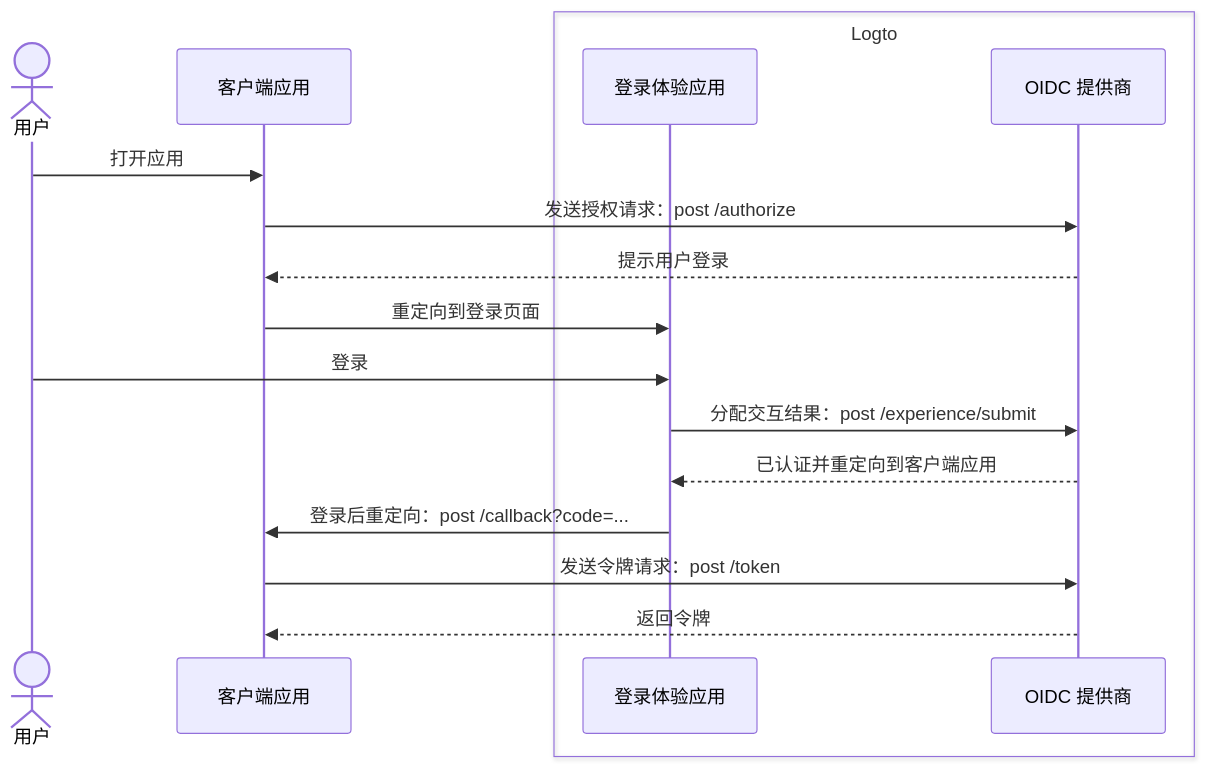
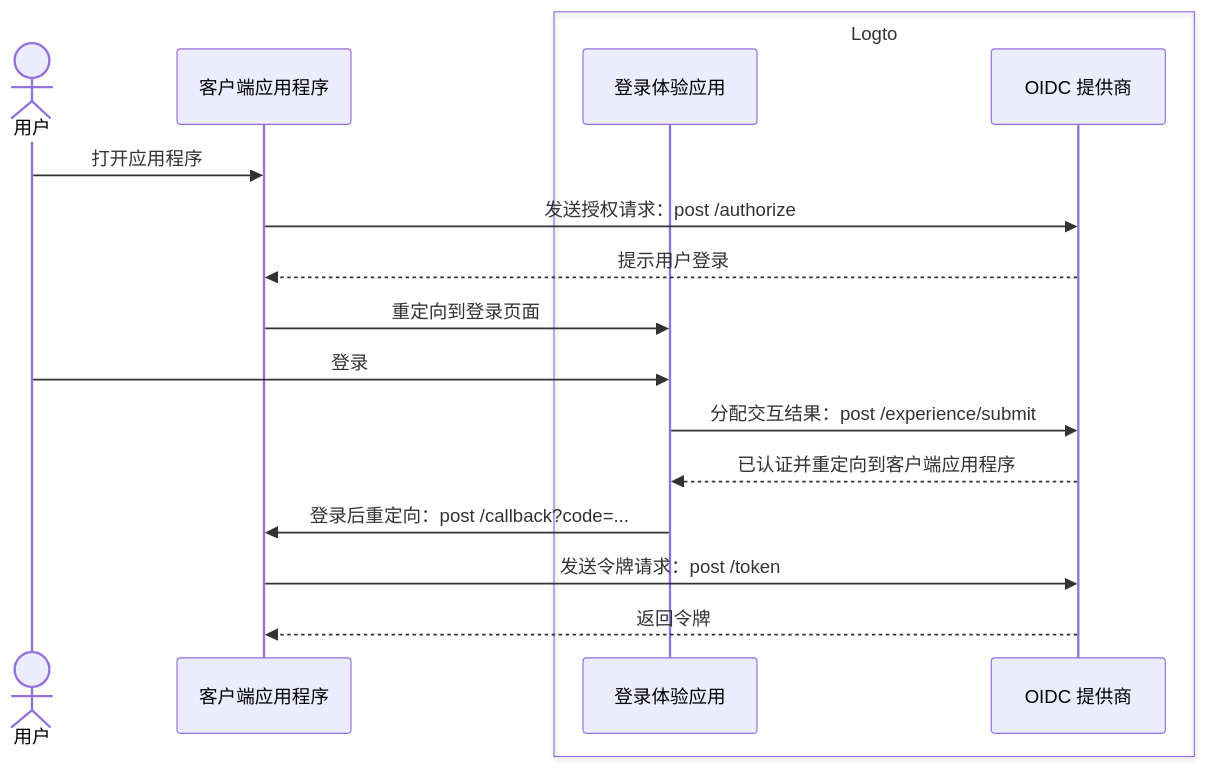
The first of 2 diagrams in i18n/zh-CN/docusaurus-plugin-content-docs/current/end-user-flows/sign-up-and-sign-in/README.mdx (logto-io/docs), drawn with Mermaid before and after one commit. The commit also changed other lines of this file and 428 other files, not shown here.

````diff
--- a/i18n/zh-CN/docusaurus-plugin-content-docs/current/end-user-flows/sign-up-and-sign-in/README.mdx
+++ b/i18n/zh-CN/docusaurus-plugin-content-docs/current/end-user-flows/sign-up-and-sign-in/README.mdx
@@ -13,21 +13,21 @@
 ```mermaid
 sequenceDiagram
   actor user as 用户
-  participant client as 客户端应用
+  participant client as 客户端应用程序
 
   box Logto
     participant experience as 登录体验应用
     participant oidc as OIDC 提供商
   end
 
-  user ->> client: 打开应用
+  user ->> client: 打开应用程序
   client ->> oidc: 发送授权请求：post /authorize
   oidc -->> client: 提示用户登录
   client ->> experience: 重定向到登录页面
   user ->> experience: 登录
   experience ->> oidc: 分配交互结果：post /experience/submit
-  oidc -->> experience: 已认证并重定向到客户端应用
+  oidc -->> experience: 已认证并重定向到客户端应用程序
   experience ->> client: 登录后重定向：post /callback?code=...
   client ->> oidc: 发送令牌请求：post /token
   oidc -->> client: 返回令牌
 ```
````
